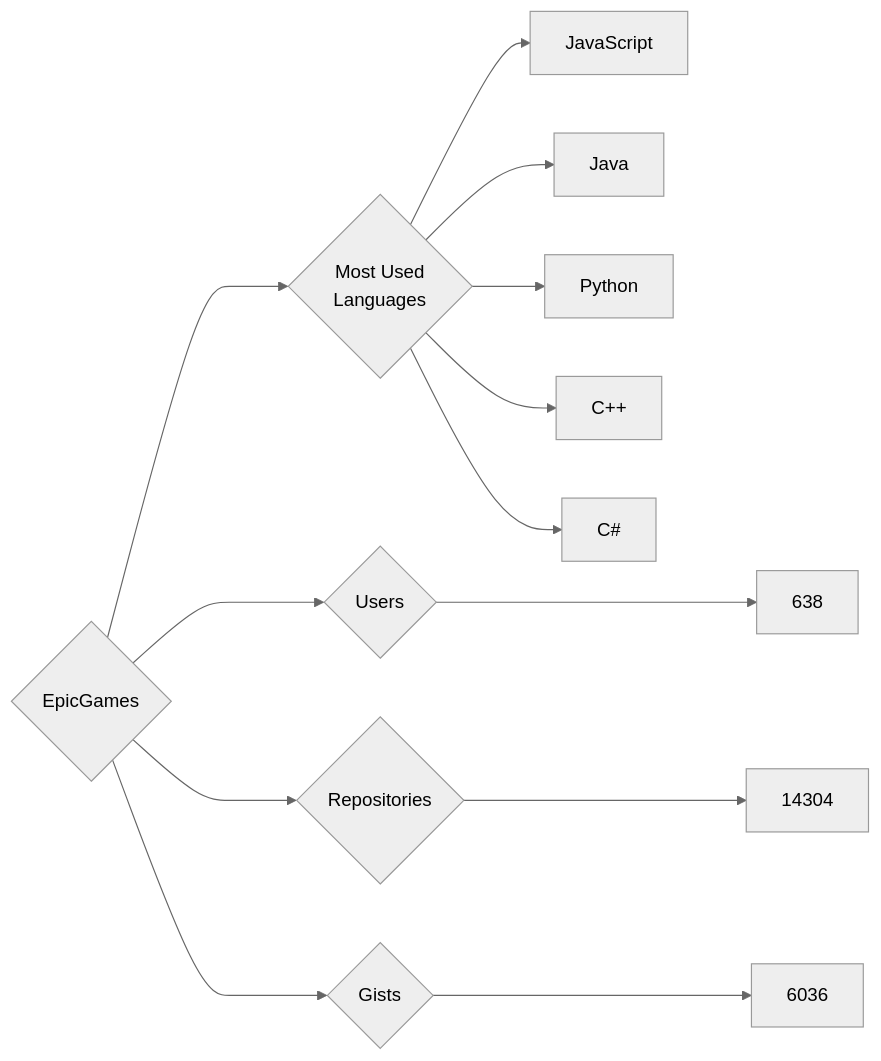
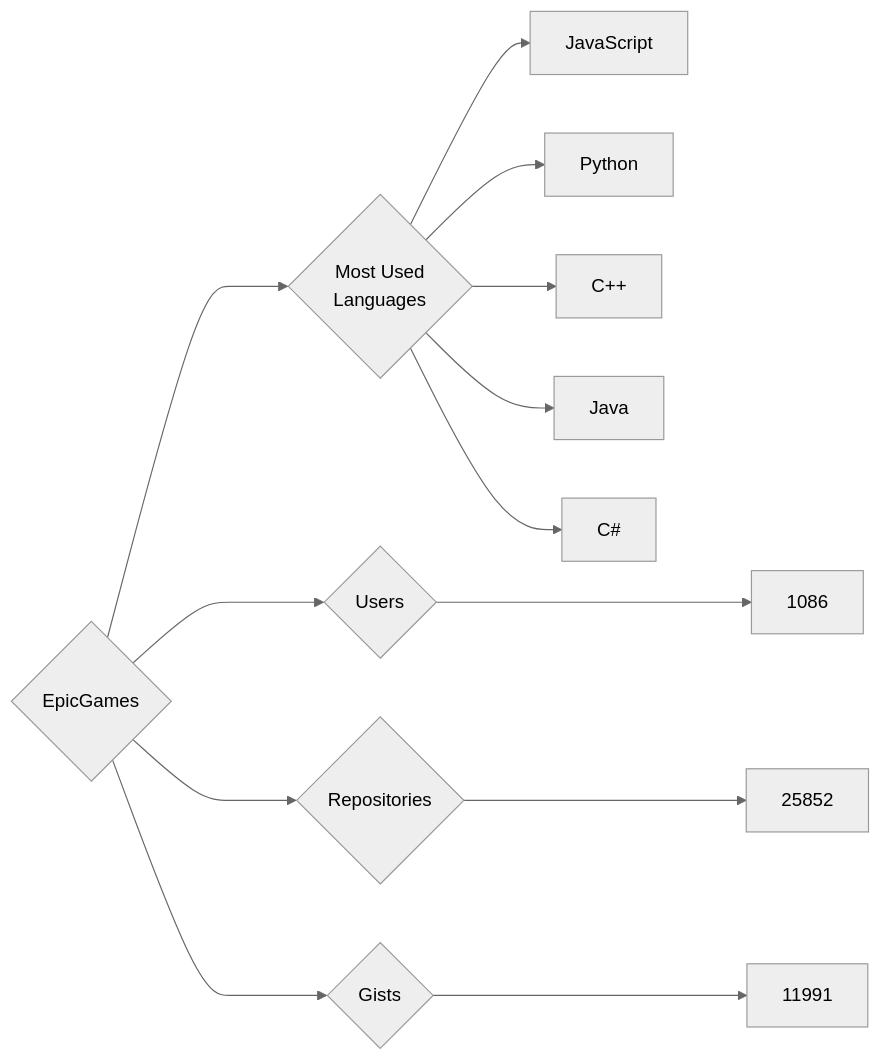
The diagram in targets/EpicGames/README.md (trickest/insiders), drawn with Mermaid (neutral theme) before and after one commit. The commit also changed 736 other files, not shown here.

````diff
--- a/targets/EpicGames/README.md
+++ b/targets/EpicGames/README.md
@@ -3,13 +3,13 @@
 ```mermaid
 graph LR
 COMPANY_NAME{EpicGames}
-COMPANY_NAME ---> U{Users} ---> UN[638]
-COMPANY_NAME ---> R{Repositories} ---> RN[14304]
-COMPANY_NAME ---> G{Gists} ---> GN[6036]
+COMPANY_NAME ---> U{Users} ---> UN[1086]
+COMPANY_NAME ---> R{Repositories} ---> RN[25852]
+COMPANY_NAME ---> G{Gists} ---> GN[11991]
 COMPANY_NAME ---> ML{Most Used<br>Languages}
 ML --> JavaScript[JavaScript]
-ML --> Java[Java]
 ML --> Python[Python]
 ML --> C++[C++]
+ML --> Java[Java]
 ML --> C#[C#]
 ```
````
